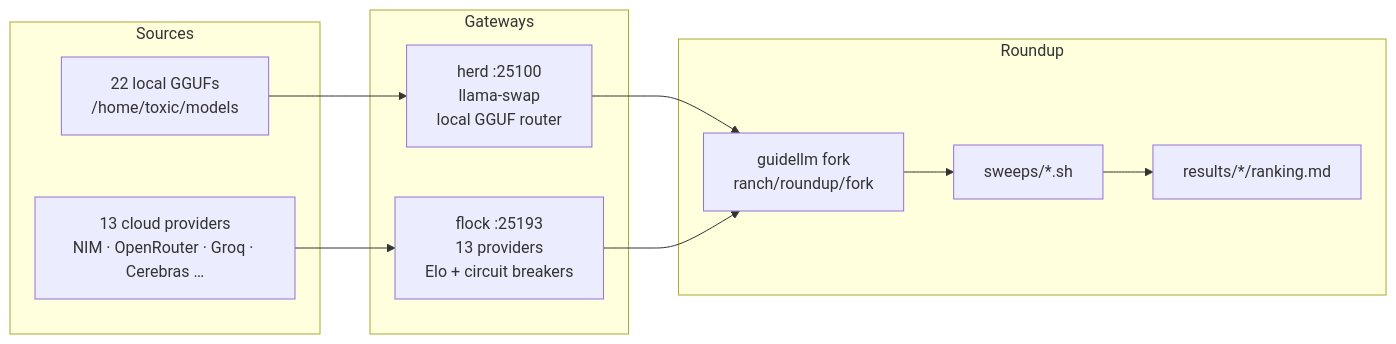
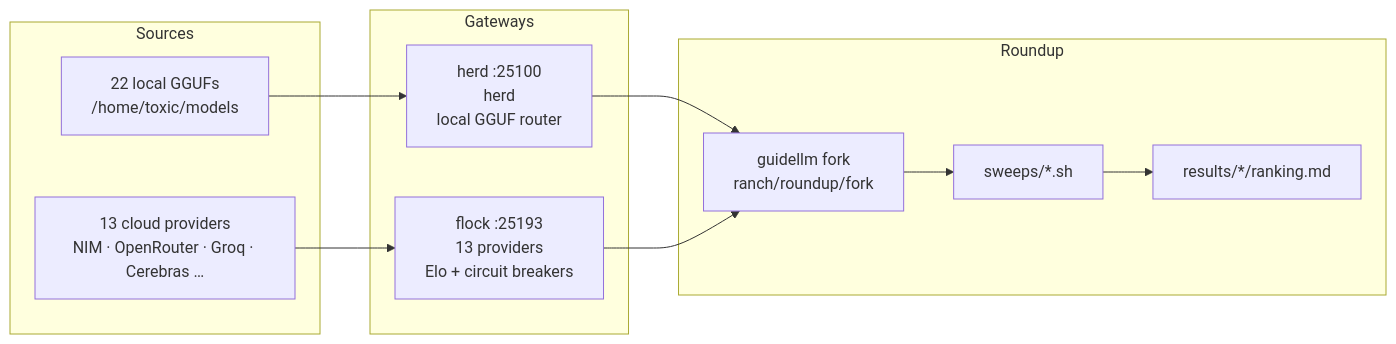
Before and after one commit to toxicwind/ranch: the diagram in roundup/README.md, drawn with Mermaid. The commit also changed 6569 other files, not shown here.

````diff
--- a/roundup/README.md
+++ b/roundup/README.md
@@ -39,24 +39,24 @@
 ```mermaid
 flowchart LR
   subgraph Sources
     L["22 local GGUFs<br/>/home/toxic/models"]
     C["13 cloud providers<br/>NIM · OpenRouter · Groq · Cerebras …"]
   end
 
   subgraph Gateways
-    H["herd :25100<br/>llama-swap<br/>local GGUF router"]
+    H["herd :25100<br/>herd<br/>local GGUF router"]
     F["flock :25193<br/>13 providers<br/>Elo + circuit breakers"]
   end
 
   subgraph Roundup
     G["guidellm fork<br/>ranch/roundup/fork"]
     S["sweeps/*.sh"]
     R["results/*/ranking.md"]
   end
 
   L --> H
   H --> G
   C --> F
   F --> G
   G --> S --> R
 ```
````
